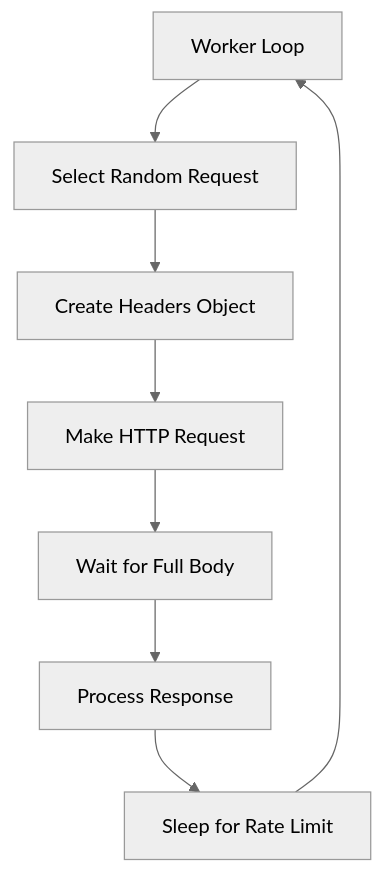
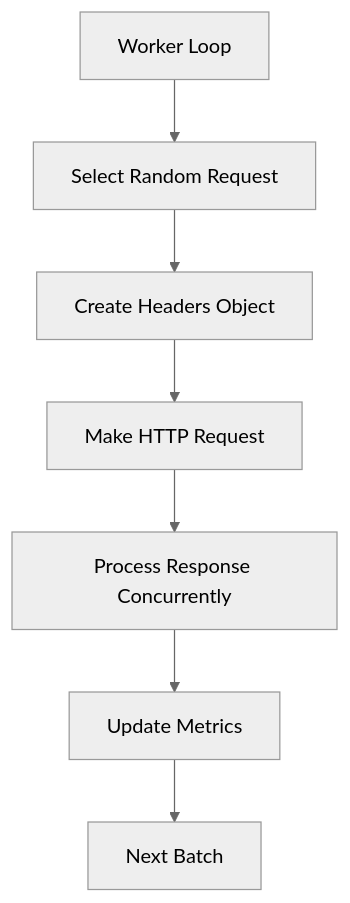
One commit to kevinchatham/tressi changed the diagram in TODO_PERFORMANCE.md. Above: the diagram before and after it, drawn with Mermaid (neutral theme). The commit also changed other lines of this file and 5 other files, not shown here.

````diff
--- a/TODO_PERFORMANCE.md
+++ b/TODO_PERFORMANCE.md
@@ -83,10 +98,9 @@
 ```mermaid
 graph TD
     A[Worker Loop] --> B[Select Random Request]
     B --> C[Create Headers Object]
     C --> D[Make HTTP Request]
-    D --> E[Wait for Full Body]
-    E --> F[Process Response]
-    F --> G[Sleep for Rate Limit]
-    G --> A
+    D --> E[Process Response Concurrently]
+    E --> F[Update Metrics]
+    F --> G[Next Batch]
 ```
````
